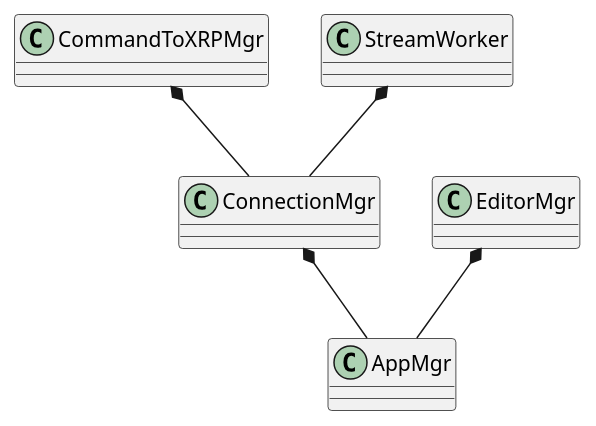
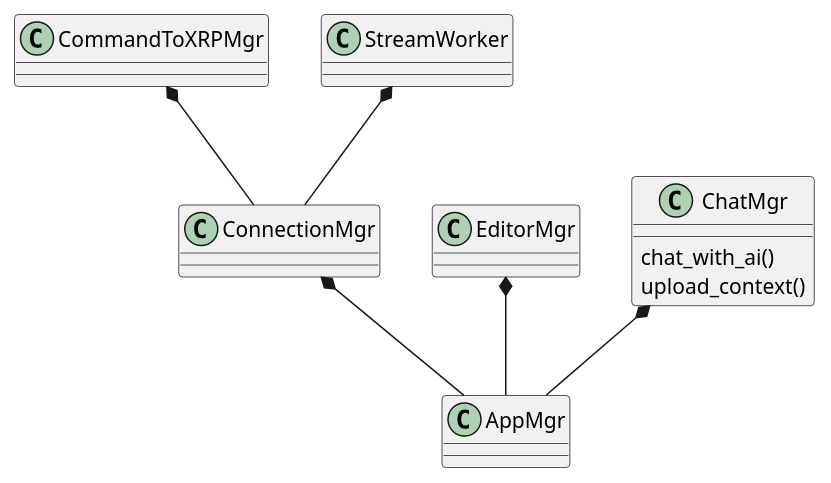
One commit to Open-STEM/XRPWeb changed the seventh of 10 diagrams in docs/XRP Software Architecture.md. Above: the diagram before and after it, drawn with PlantUML. The commit also changed other lines of this file and 1 other file, not shown here.

````diff
--- a/docs/XRP Software Architecture.md
+++ b/docs/XRP Software Architecture.md
@@ -281,15 +324,19 @@
 ```plantuml
 @startuml
     class AppMgr
     class ConnectionMgr
     class CommandToXRPMgr
     class EditorMgr
     class StreamWorker
+    class ChatMgr {
+        chat_with_ai()
+        upload_context()
+    }
 
     StreamWorker *-- ConnectionMgr
     CommandToXRPMgr *-- ConnectionMgr
     ConnectionMgr *-- AppMgr
     EditorMgr *-- AppMgr
-
+    ChatMgr *-- AppMgr
 @enduml
 ```
````
